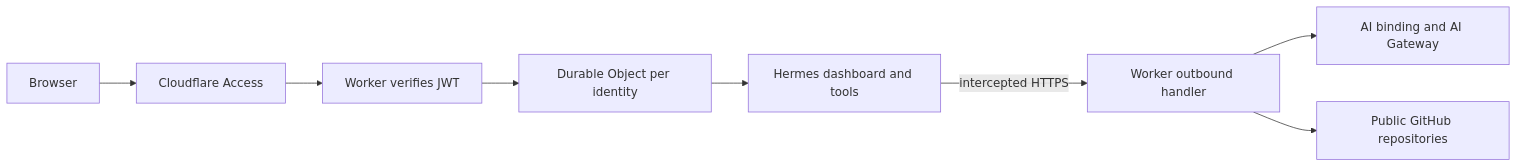
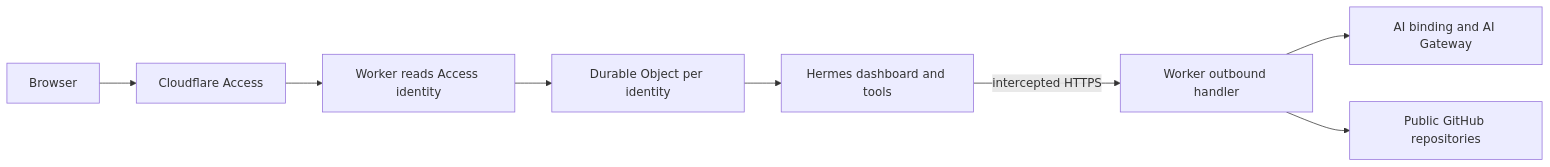
One commit to cloudflare/templates changed the diagram in hermes-agent-template/README.md. Above: the diagram before and after it, drawn with Mermaid. The commit also changed other lines of this file and 11 other files, not shown here.

````diff
--- a/hermes-agent-template/README.md
+++ b/hermes-agent-template/README.md
@@ -52,10 +50,10 @@
 ```mermaid
 flowchart LR
     Browser --> Access[Cloudflare Access]
-    Access --> Worker[Worker verifies JWT]
+    Access --> Worker[Worker reads Access identity]
     Worker --> DO[Durable Object per identity]
     DO --> Hermes[Hermes dashboard and tools]
     Hermes -->|intercepted HTTPS| Outbound[Worker outbound handler]
     Outbound --> Gateway[AI binding and AI Gateway]
     Outbound --> GitHub[Public GitHub repositories]
 ```
````
